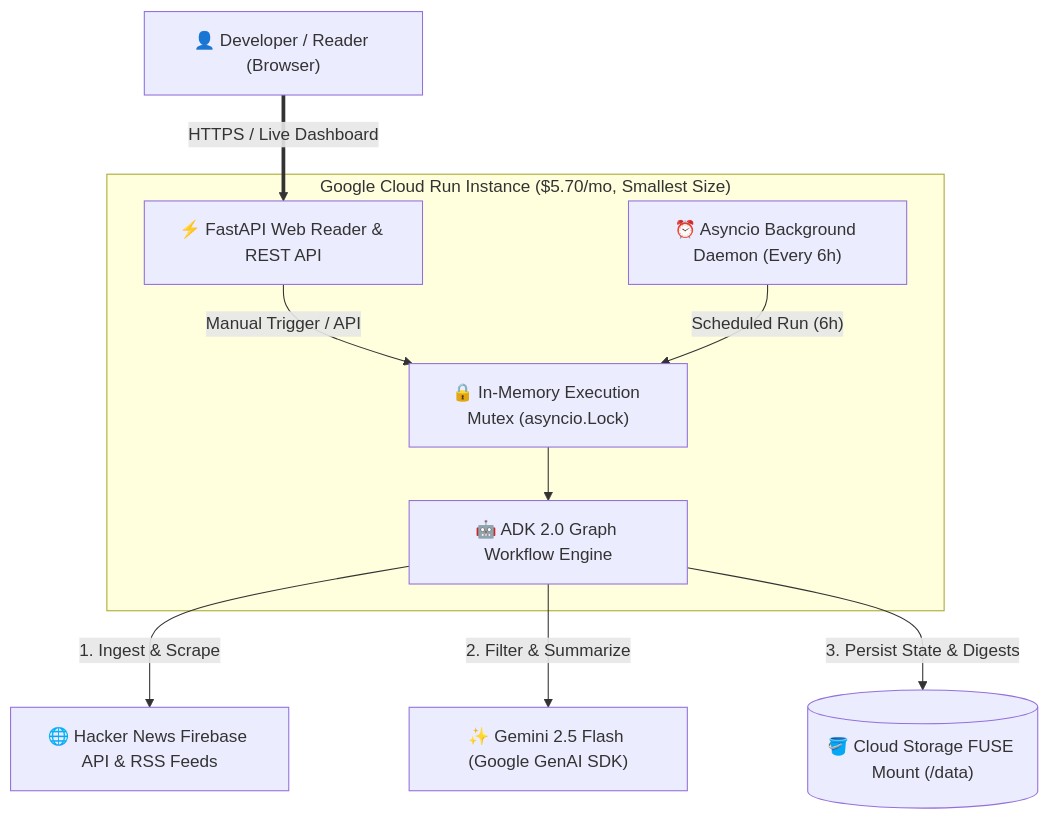
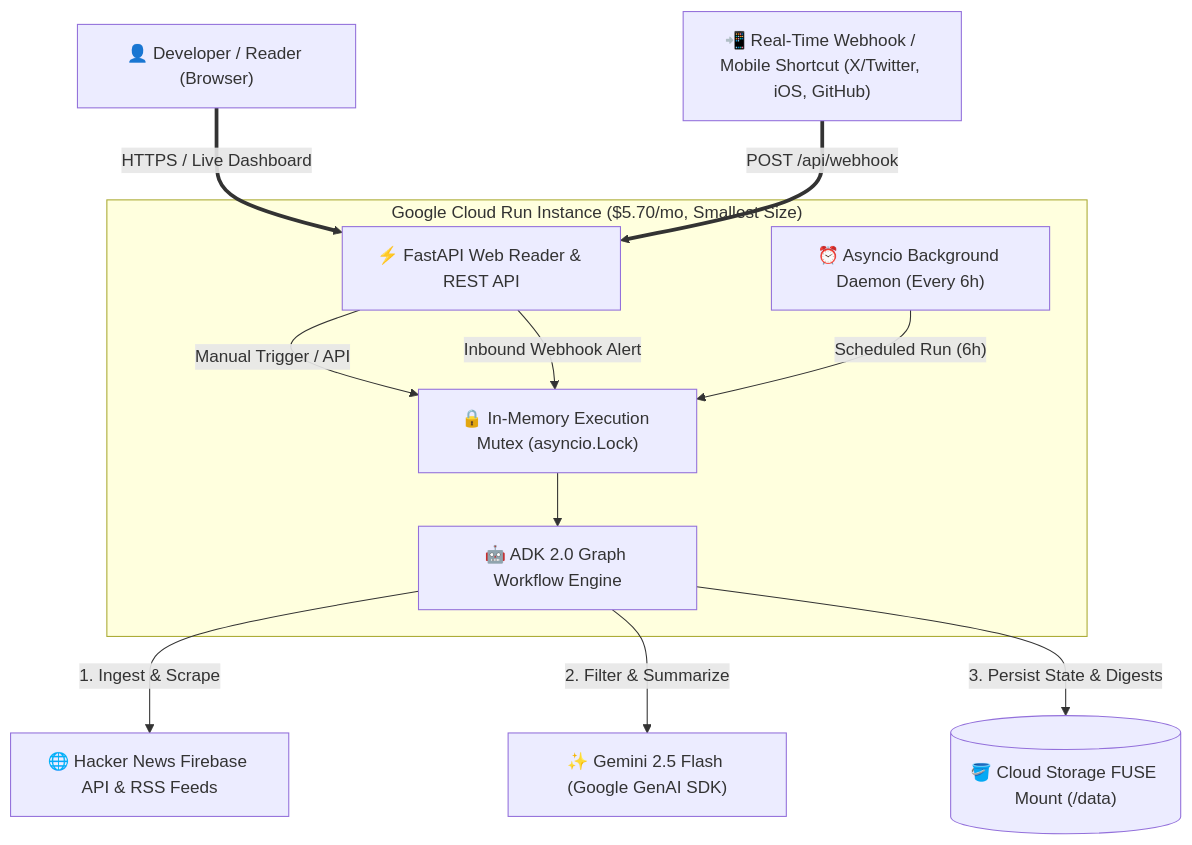
The first of 3 diagrams in ai-ml/tech-briefing-agent/README.md (GoogleCloudPlatform/devrel-demos), drawn with Mermaid before and after one commit. The commit also changed other lines of this file and 6 other files, not shown here.

Commit message:
feat: add real-time webhook endpoint for X/Twitter & iOS Shortcut alerts, update docs and architecture

````diff
--- a/ai-ml/tech-briefing-agent/README.md
+++ b/ai-ml/tech-briefing-agent/README.md
@@ -34,24 +34,27 @@
 ```mermaid
 flowchart TD
     User["👤 Developer / Reader (Browser)"]
+    WebhookSender["📲 Real-Time Webhook / Mobile Shortcut (X/Twitter, iOS, GitHub)"]
 
     subgraph Instance ["Google Cloud Run Instance ($5.70/mo, Smallest Size)"]
         UI["⚡ FastAPI Web Reader & REST API"]
         Daemon["⏰ Asyncio Background Daemon (Every 6h)"]
         Mutex["🔒 In-Memory Execution Mutex (asyncio.Lock)"]
         Workflow["🤖 ADK 2.0 Graph Workflow Engine"]
 
         UI -->|"Manual Trigger / API"| Mutex
+        UI -->|"Inbound Webhook Alert"| Mutex
         Daemon -->|"Scheduled Run (6h)"| Mutex
         Mutex --> Workflow
     end
 
     Feeds["🌐 Hacker News Firebase API & RSS Feeds"]
     Gemini["✨ Gemini 2.5 Flash (Google GenAI SDK)"]
     Bucket[("🪣 Cloud Storage FUSE Mount (/data)")]
 
     User == "HTTPS / Live Dashboard" ==> UI
+    WebhookSender == "POST /api/webhook" ==> UI
     Workflow -- "1. Ingest & Scrape" --> Feeds
     Workflow -- "2. Filter & Summarize" --> Gemini
     Workflow -- "3. Persist State & Digests" --> Bucket
 ```
````
